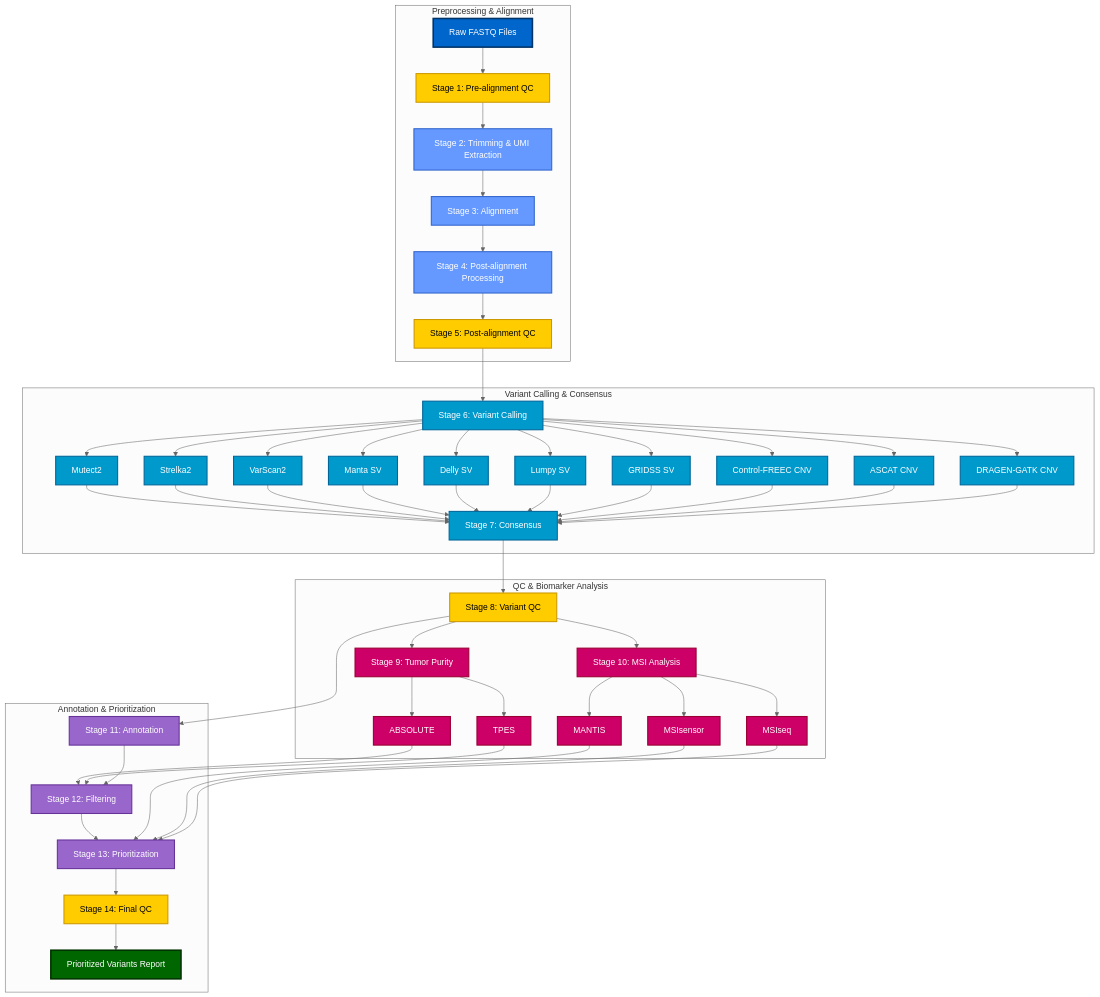
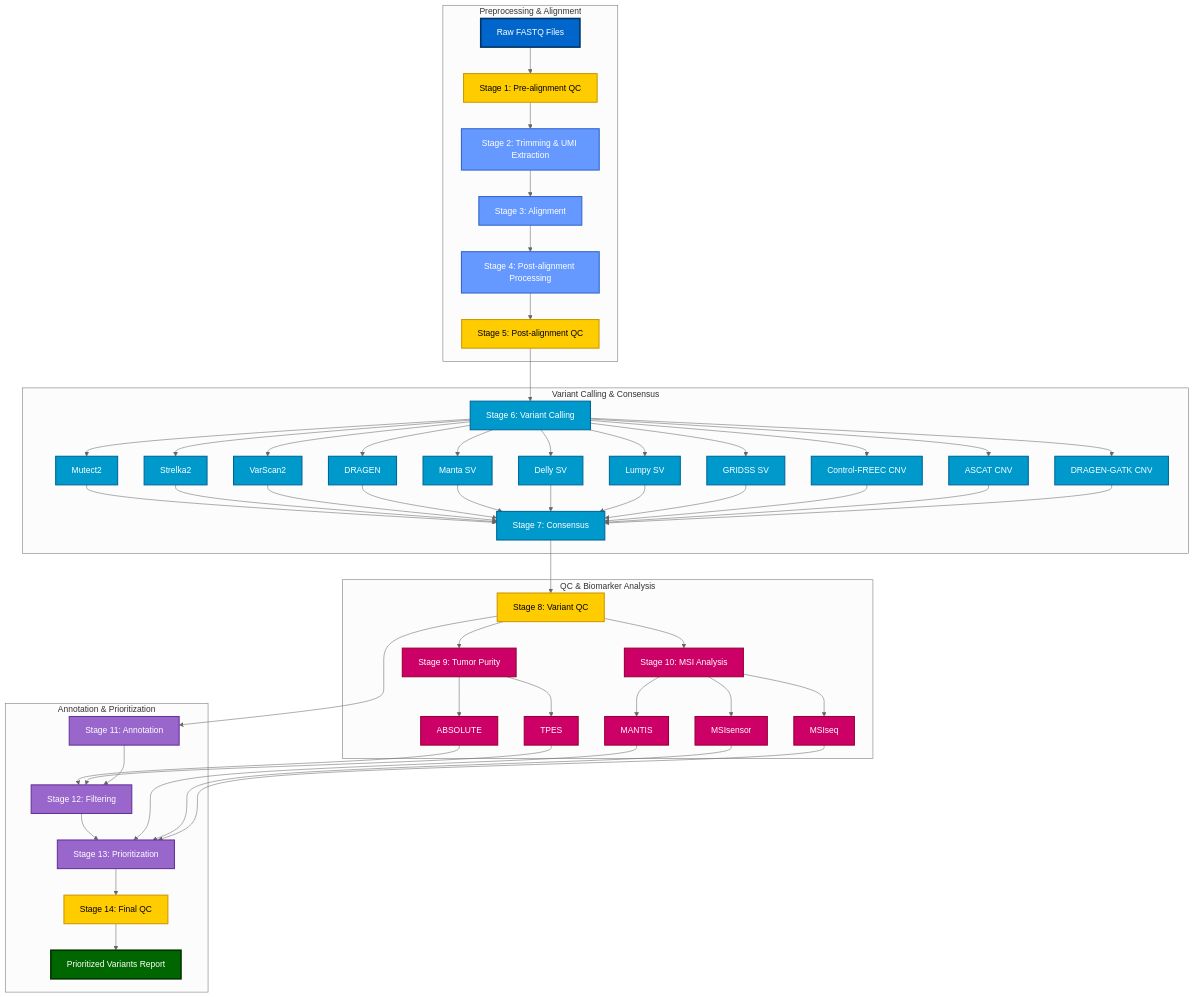
Before and after one commit to haibol2016/haibol2016.github.io: the second of 2 diagrams in _posts/2026-01-08-013-data-analysis-guidelines-for-early-cancer-detection.md, drawn with Mermaid (neutral theme). The commit also changed other lines of this file and 15 other files, not shown here.

```diff
--- a/_posts/2026-01-08-013-data-analysis-guidelines-for-early-cancer-detection.md
+++ b/_posts/2026-01-08-013-data-analysis-guidelines-for-early-cancer-detection.md
@@ -105,13 +88,14 @@
         VC --> VC1[Mutect2]
         VC --> VC2[Strelka2]
         VC --> VC3[VarScan2]
-        VC --> VC4[Manta SV]
-        VC --> VC5[Delly SV]
-        VC --> VC6[Lumpy SV]
-        VC --> VC7[GRIDSS SV]
-        VC --> VC8[Control-FREEC CNV]
-        VC --> VC9[ASCAT CNV]
-        VC --> VC10[DRAGEN-GATK CNV]
+        VC --> VC4[DRAGEN]
+        VC --> VC5[Manta SV]
+        VC --> VC6[Delly SV]
+        VC --> VC7[Lumpy SV]
+        VC --> VC8[GRIDSS SV]
+        VC --> VC9[Control-FREEC CNV]
+        VC --> VC10[ASCAT CNV]
+        VC --> VC11[DRAGEN-GATK CNV]
         VC1 --> Consensus[Stage 7: Consensus]
         VC2 --> Consensus
         VC3 --> Consensus
@@ -122,6 +106,7 @@
         VC8 --> Consensus
         VC9 --> Consensus
         VC10 --> Consensus
+        VC11 --> Consensus
     end
     
     subgraph "QC & Biomarker Analysis"
@@ -164,6 +149,7 @@
     style VC8 fill:#0099cc,stroke:#006699,stroke-width:2px,color:#ffffff
     style VC9 fill:#0099cc,stroke:#006699,stroke-width:2px,color:#ffffff
     style VC10 fill:#0099cc,stroke:#006699,stroke-width:2px,color:#ffffff
+    style VC11 fill:#0099cc,stroke:#006699,stroke-width:2px,color:#ffffff
     style VC fill:#0099cc,stroke:#006699,stroke-width:2px,color:#ffffff
     style Consensus fill:#0099cc,stroke:#006699,stroke-width:2px,color:#ffffff
     style P1 fill:#cc0066,stroke:#990033,stroke-width:2px,color:#ffffff
```
